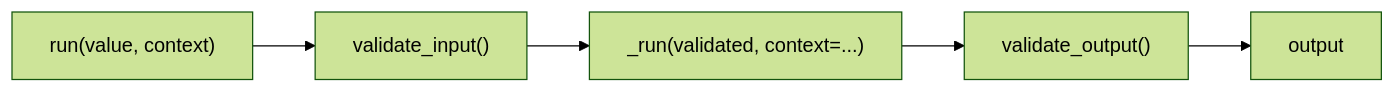
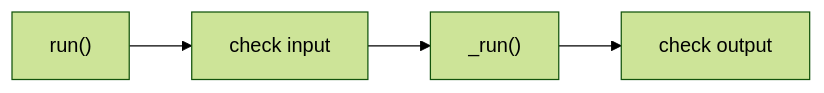
One commit to Productive-Superintelligence/lllm changed the diagram in docs/runtimes.md. Above: the diagram before and after it, drawn with Mermaid (forest theme). The commit also changed 36 other files, not shown here.

First line of the commit message:
Retire the old doc pages; keep every diagram readable

````diff
--- a/docs/runtimes.md
+++ b/docs/runtimes.md
@@ -85,7 +85,4 @@
 ```mermaid
 flowchart LR
-    A["run(value, context)"] --> B["validate_input()"]
-    B --> C["_run(validated, context=...)"]
-    C --> D["validate_output()"]
-    D --> E[output]
+    A["run()"] --> B[check input] --> C["_run()"] --> D[check output]
 ```
````
